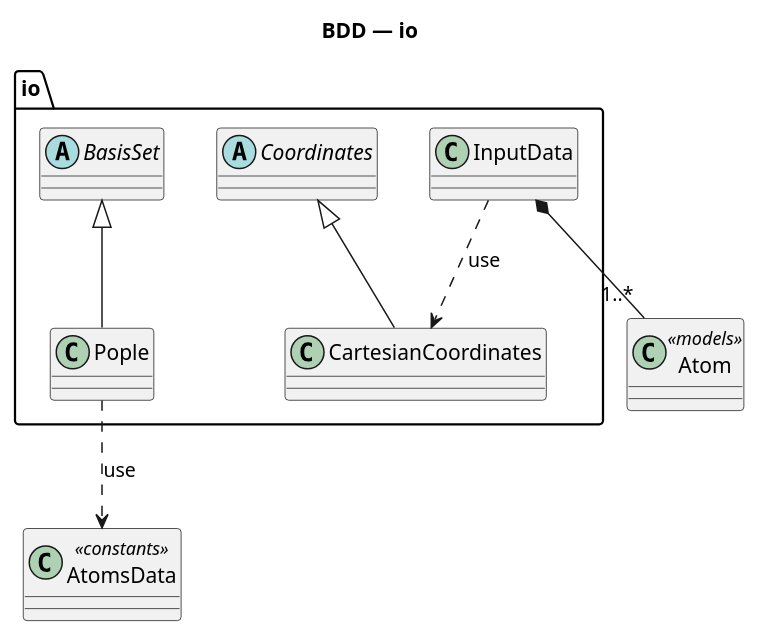
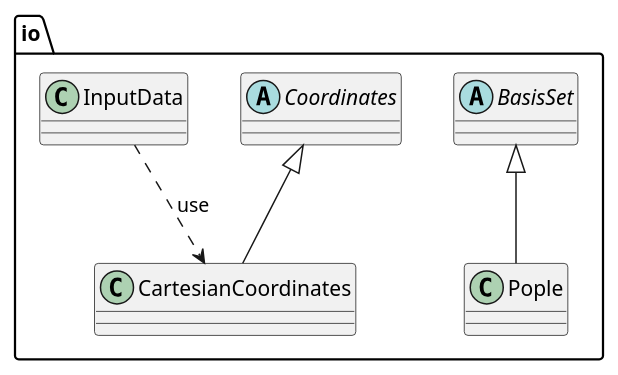
The diagram in architecture/block_definition_diagrams/io.puml (milosz-martynow/qBlock), drawn with PlantUML before and after one commit. The commit also changed 42 other files, not shown here.

```diff
--- a/architecture/block_definition_diagrams/io.puml
+++ b/architecture/block_definition_diagrams/io.puml
@@ -1,30 +1,20 @@
 @startuml bdd_io
-title BDD — io
 
 package "io" {
   abstract class Coordinates
   class CartesianCoordinates
   abstract class BasisSet
   class Pople
   class InputData
 }
 
-' --- External blocks ---
-class Atom <<models>>
-class AtomsData <<constants>>
-
 ' ═══ Generalization ═══
 
 CartesianCoordinates -up-|> Coordinates
 Pople -up-|> BasisSet
 
-' ═══ Composition ═══
-
-InputData *-- "1..*" Atom
-
 ' ═══ Use ═══
 
 InputData ..> CartesianCoordinates : «use»
-Pople ..> AtomsData : «use»
 
 @enduml
```
